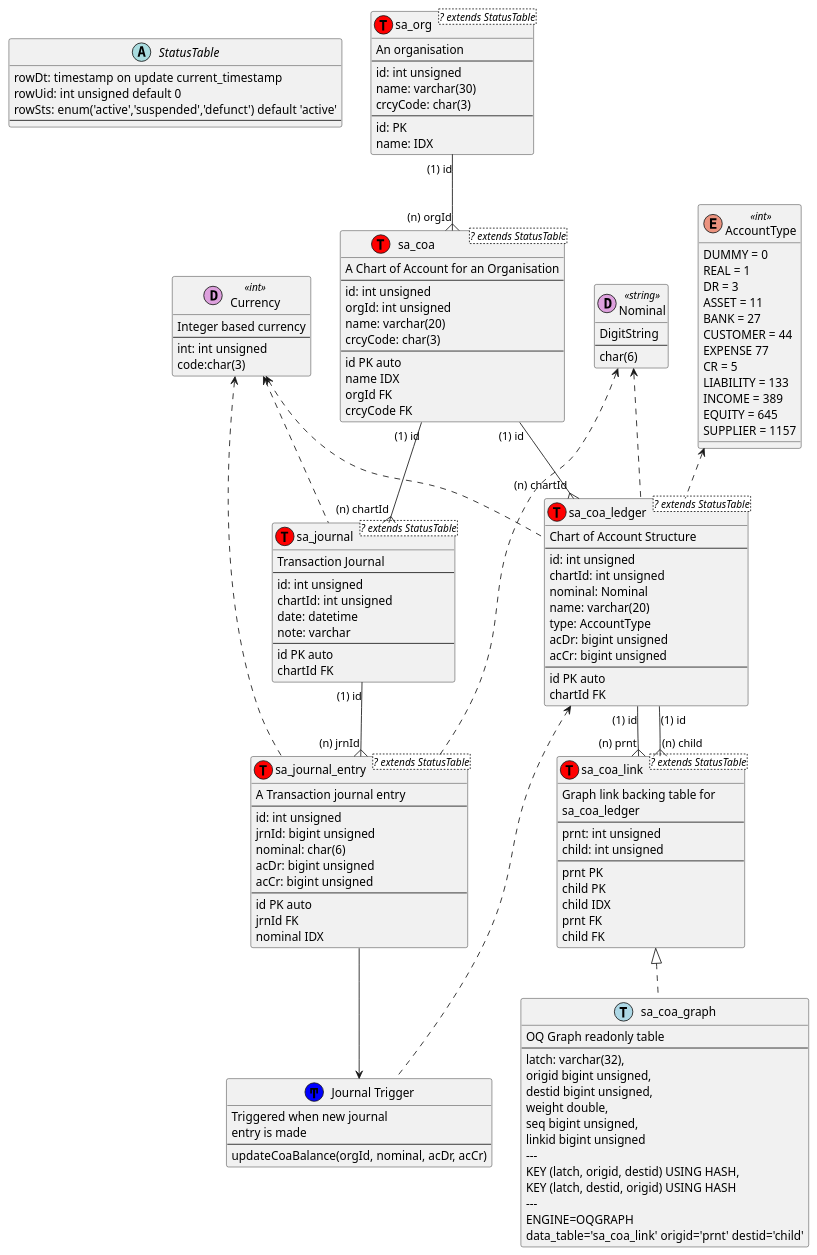
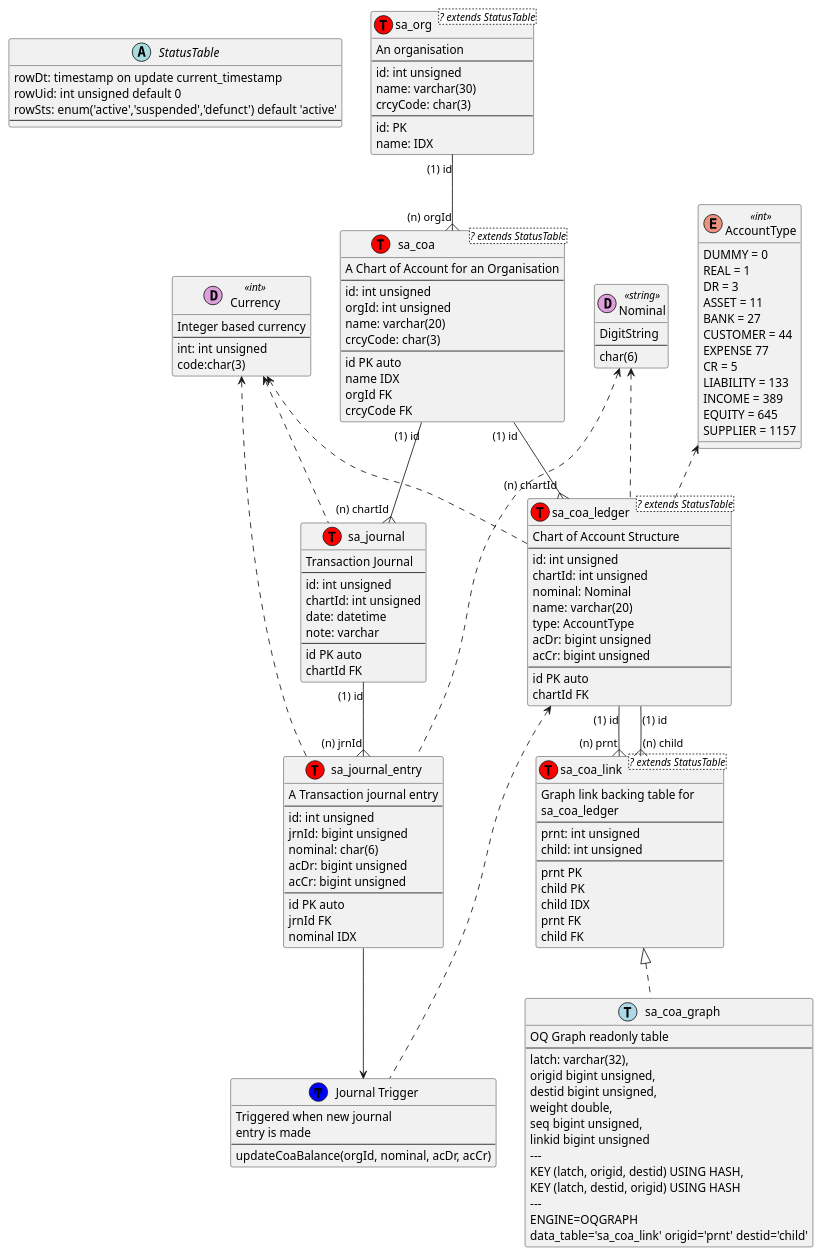
One commit to chippyash/Simple-Accounts changed the diagram in src/Chippyash/SAccounts/Storage/Account/ZendDB/docs/Sql Model.puml. Above: the diagram before and after it, drawn with PlantUML. The commit also changed 8 other files, not shown here.

```diff
--- a/src/Chippyash/SAccounts/Storage/Account/ZendDB/docs/Sql Model.puml
+++ b/src/Chippyash/SAccounts/Storage/Account/ZendDB/docs/Sql Model.puml
@@ -1,156 +1,156 @@
 @startuml
 
 abstract class StatusTable {
 	rowDt: timestamp on update current_timestamp
 	rowUid: int unsigned default 0
 	rowSts: enum('active','suspended','defunct') default 'active'
 	---
 }
 
 class sa_org<? extends StatusTable> << (T,red)>> {
 	An organisation
 	---
 	id: int unsigned
 	name: varchar(30)
 	crcyCode: char(3)
 	---
 	id: PK
 	name: IDX
 }
 
 class sa_coa<? extends StatusTable> << (T,red) >> {
 	A Chart of Account for an Organisation
 	---
 	id: int unsigned
 	orgId: int unsigned
 	name: varchar(20)
 	crcyCode: char(3)
 	---
 	id PK auto
 	name IDX
 	orgId FK
 	crcyCode FK
 }
 
 class sa_coa_ledger<? extends StatusTable> << (T,red) >> {
 	Chart of Account Structure
 	---
 	id: int unsigned
 	chartId: int unsigned
 	nominal: Nominal
 	name: varchar(20)
 	type: AccountType
 	acDr: bigint unsigned
 	acCr: bigint unsigned
 	---
     id PK auto
 	chartId FK
 }
 
 class sa_coa_link<? extends StatusTable> << (T,red) >> {
 	Graph link backing table for
 	sa_coa_ledger
 	---
 	prnt: int unsigned
 	child: int unsigned
 	---
 	prnt PK
 	child PK
 	child IDX
 	prnt FK
 	child FK
 }
 
 class sa_coa_graph << (T,lightblue) >> {
 	OQ Graph readonly table
 	---
 	latch: varchar(32),
   	origid bigint unsigned,
   	destid bigint unsigned,
   	weight double,
   	seq bigint unsigned,
   	linkid bigint unsigned
   	---
   	KEY (latch, origid, destid) USING HASH,
   	KEY (latch, destid, origid) USING HASH
   	---
   	ENGINE=OQGRAPH
     data_table='sa_coa_link' origid='prnt' destid='child'
 }
 
-class sa_journal<? extends StatusTable> << (T, red) >> {
+class sa_journal << (T, red) >> {
 	Transaction Journal
 	---
 	id: int unsigned
 	chartId: int unsigned
 	date: datetime
 	note: varchar
 	---
 	id PK auto
 	chartId FK
 }
 
-class sa_journal_entry<? extends StatusTable> << (T, red >> {
+class sa_journal_entry << (T, red >> {
 	A Transaction journal entry
 	---
 	id: int unsigned
 	jrnId: bigint unsigned
 	nominal: char(6)
 	acDr: bigint unsigned
 	acCr: bigint unsigned
 	---
 	id PK auto
 	jrnId FK
 	nominal IDX
 }
 
 enum AccountType << int >> {
 	DUMMY = 0
 	REAL = 1
 	DR = 3
 	ASSET = 11
 	BANK = 27
 	CUSTOMER = 44
 	EXPENSE 77
 	CR = 5
 	LIABILITY = 133
 	INCOME = 389
 	EQUITY = 645
 	SUPPLIER = 1157
 }
 
 class Currency << (D,plum) int >> {
 	Integer based currency
 	---
 	int: int unsigned
 	code:char(3)
 }
 class Nominal << (D,plum) string >> {
 	DigitString
 	---
 	char(6)
 }
 
 class "Journal Trigger" << (Ͳ,blue) >> {
 	Triggered when new journal
 	entry is made
 	---
 	updateCoaBalance(orgId, nominal, acDr, acCr)
 }
 
 sa_org "(1) id" --{ "(n) orgId" sa_coa
 sa_coa "(1) id" --{ "(n) chartId" sa_coa_ledger
 sa_coa_ledger "(1) id" --{ "(n) prnt" sa_coa_link
 sa_coa_ledger "(1) id" --{ "(n) child" sa_coa_link
 sa_coa_link <|.. sa_coa_graph
 sa_coa "(1) id" --{ "(n) chartId" sa_journal
 sa_journal "(1) id" --{ "(n) jrnId" sa_journal_entry
 sa_journal_entry --> "Journal Trigger"
 sa_coa_ledger <.. "Journal Trigger"
 AccountType <.. sa_coa_ledger
 Currency <.. sa_coa_ledger
 Nominal <.. sa_coa_ledger
 Nominal <.. sa_journal_entry
 Currency <.. sa_journal
 Currency <.. sa_journal_entry
 @enduml
```
